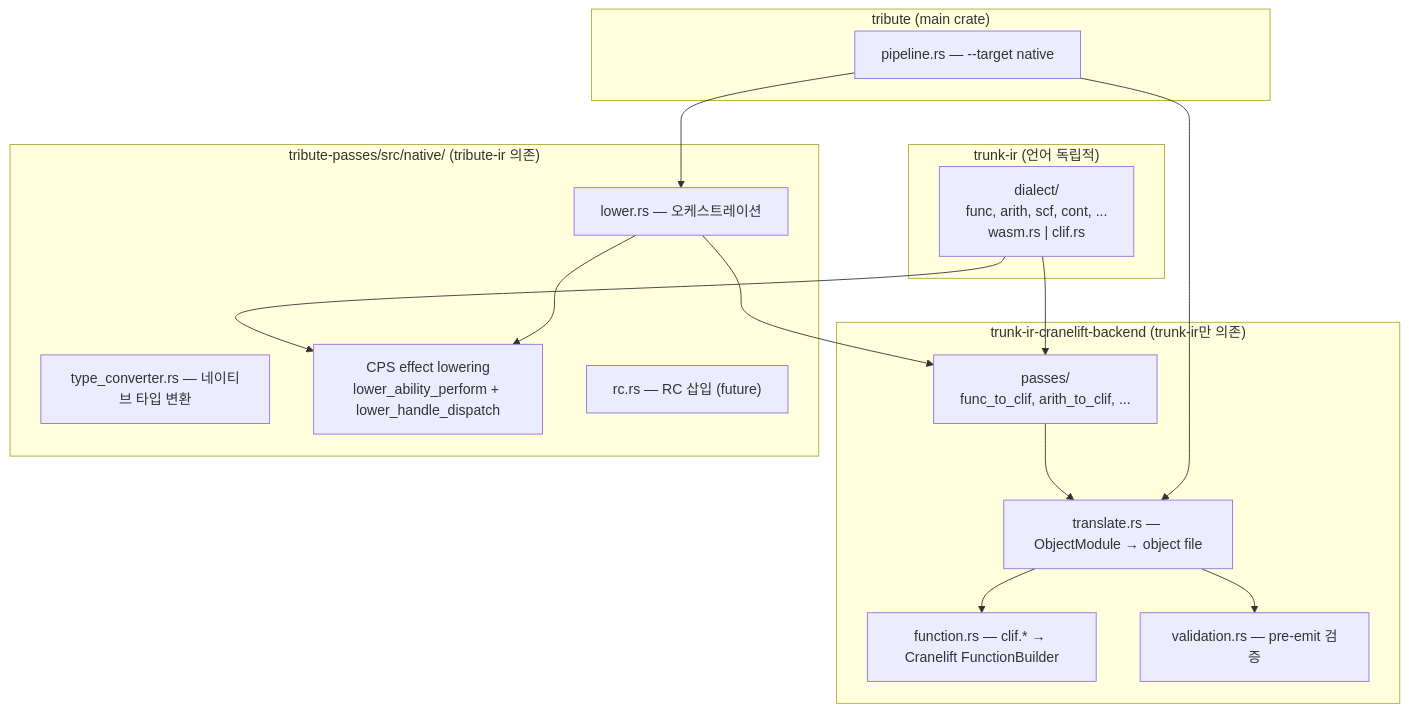
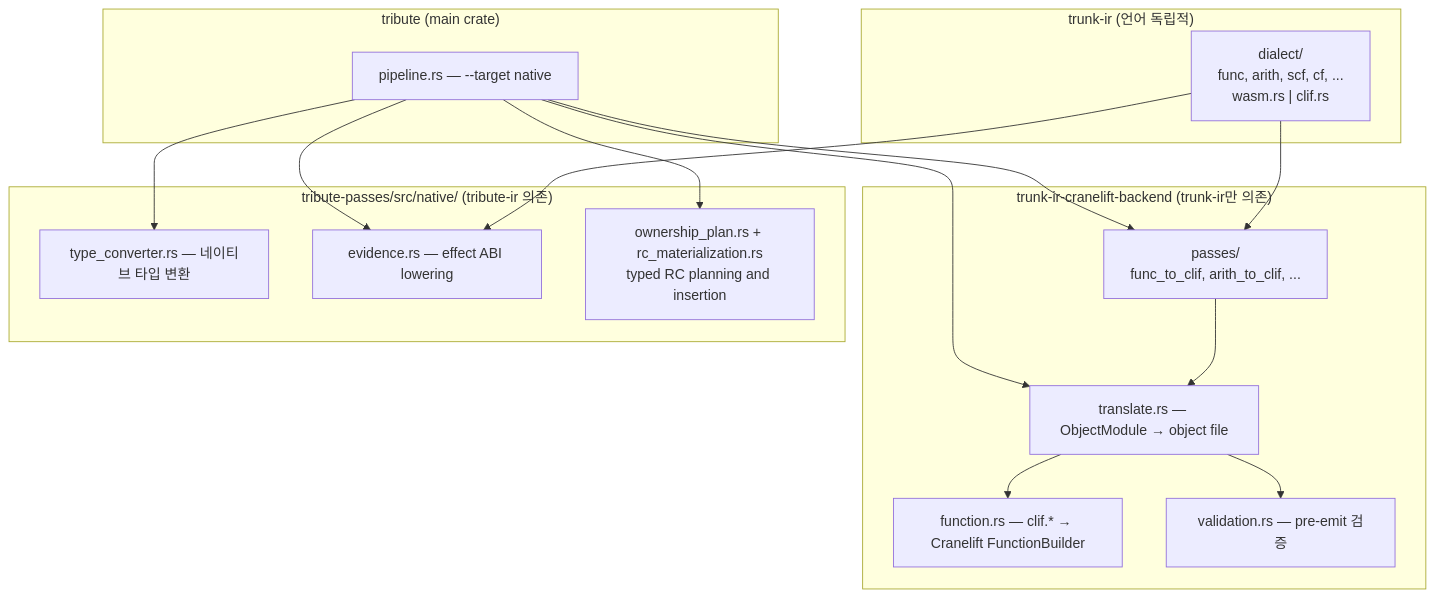
Before and after one commit to Kroisse/tribute: the first of 2 diagrams in new-plans/cranelift-backend.md, drawn with Mermaid. The commit also changed other lines of this file and 136 other files, not shown here.

First line of the commit message:
Remove legacy effect and ability lowering paths (#1034)

````diff
--- a/new-plans/cranelift-backend.md
+++ b/new-plans/cranelift-backend.md
@@ -19,34 +19,34 @@
 ```mermaid
 graph TD
     subgraph "trunk-ir (언어 독립적)"
-        dialects["dialect/\nfunc, arith, scf, cont, ...\nwasm.rs | clif.rs"]
+        dialects["dialect/\nfunc, arith, scf, cf, ...\nwasm.rs | clif.rs"]
     end
 
     subgraph "trunk-ir-cranelift-backend (trunk-ir만 의존)"
         translate["translate.rs — ObjectModule → object file"]
         function["function.rs — clif.* → Cranelift FunctionBuilder"]
         validation["validation.rs — pre-emit 검증"]
         passes["passes/\nfunc_to_clif, arith_to_clif, ..."]
     end
 
     subgraph "tribute-passes/src/native/ (tribute-ir 의존)"
-        lower["lower.rs — 오케스트레이션"]
         type_conv["type_converter.rs — 네이티브 타입 변환"]
-        cps["CPS effect lowering\nlower_ability_perform + lower_handle_dispatch"]
-        rc["rc.rs — RC 삽입 (future)"]
+        effects["evidence.rs — effect ABI lowering"]
+        rc["ownership_plan.rs + rc_materialization.rs\ntyped RC planning and insertion"]
     end
 
     subgraph "tribute (main crate)"
         pipeline["pipeline.rs — --target native"]
     end
 
     dialects --> passes
-    dialects --> cps
+    dialects --> effects
     passes --> translate
     translate --> function
     translate --> validation
-    lower --> passes
-    lower --> cps
-    pipeline --> lower
+    pipeline --> passes
+    pipeline --> effects
+    pipeline --> rc
+    pipeline --> type_conv
     pipeline --> translate
 ```
````
